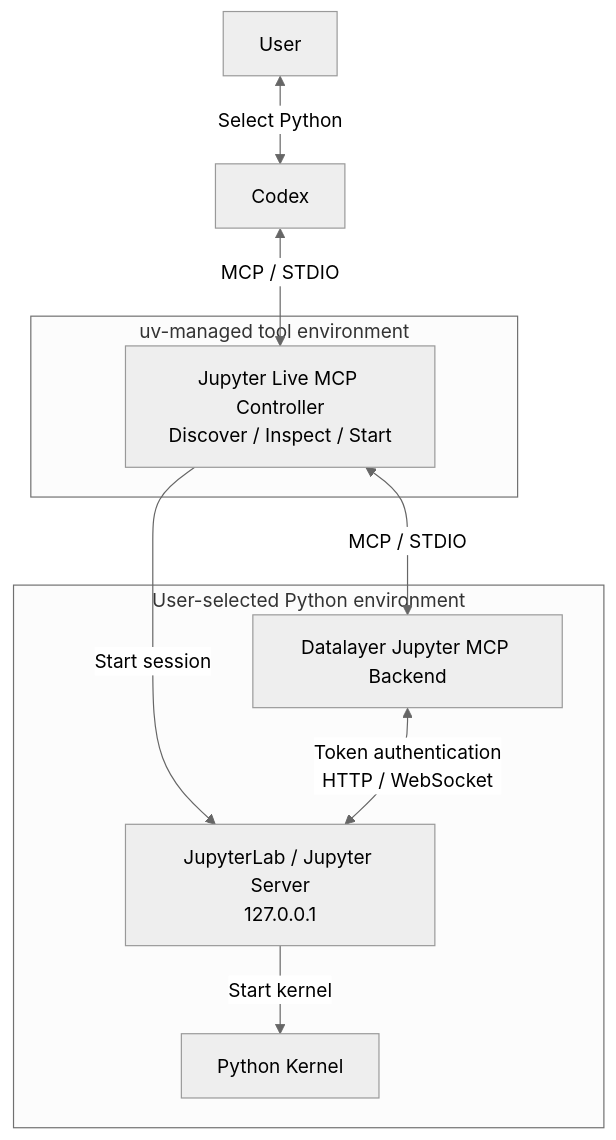
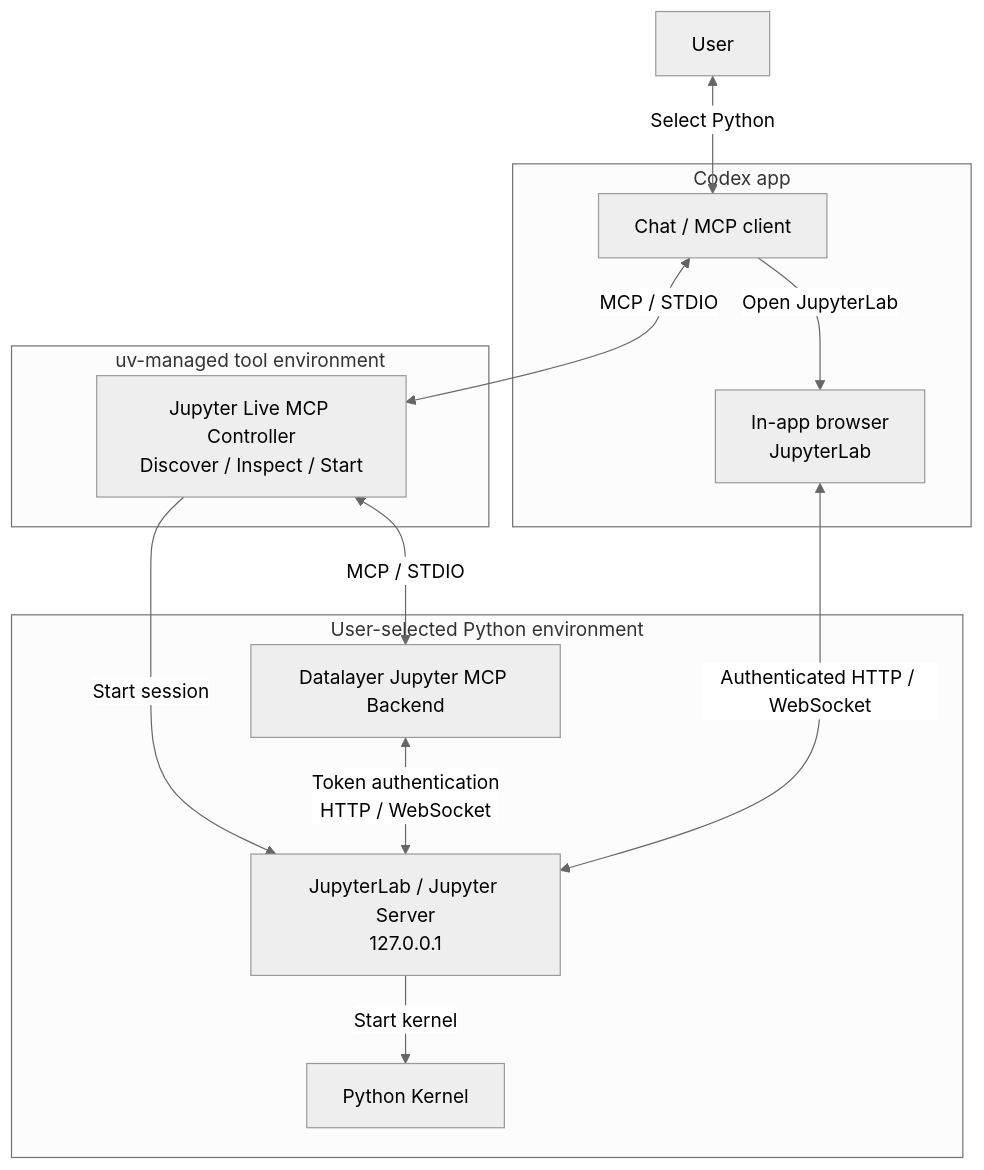
Before and after one commit to jlee-ax/jupyter-live-mcp: the diagram in README.ko.md, drawn with Mermaid (neutral theme). The commit also changed other lines of this file and 2 other files, not shown here.

Commit message:
docs: restore GIF and document app usage

````diff
--- a/README.ko.md
+++ b/README.ko.md
@@ -34,22 +34,27 @@
 ```mermaid
 flowchart TB
     User["User"]
-    Codex["Codex"]
+    subgraph CodexApp["Codex app"]
+        Codex["Chat / MCP client"]
+        Browser["In-app browser<br/>JupyterLab"]
+    end
 
     subgraph ToolEnv["uv-managed tool environment"]
         Controller["Jupyter Live MCP Controller<br/>Discover / Inspect / Start"]
     end
 
     subgraph AnalysisEnv["User-selected Python environment"]
         Backend["Datalayer Jupyter MCP Backend"]
         Server["JupyterLab / Jupyter Server<br/>127.0.0.1"]
         Kernel["Python Kernel"]
     end
 
     User <-->|"Select Python"| Codex
+    Codex -->|"Open JupyterLab"| Browser
     Codex <-->|"MCP / STDIO"| Controller
     Controller -->|"Start session"| Server
     Controller <-->|"MCP / STDIO"| Backend
     Backend <-->|"Token authentication<br/>HTTP / WebSocket"| Server
+    Browser <-->|"Authenticated HTTP / WebSocket"| Server
     Server -->|"Start kernel"| Kernel
 ```
````
